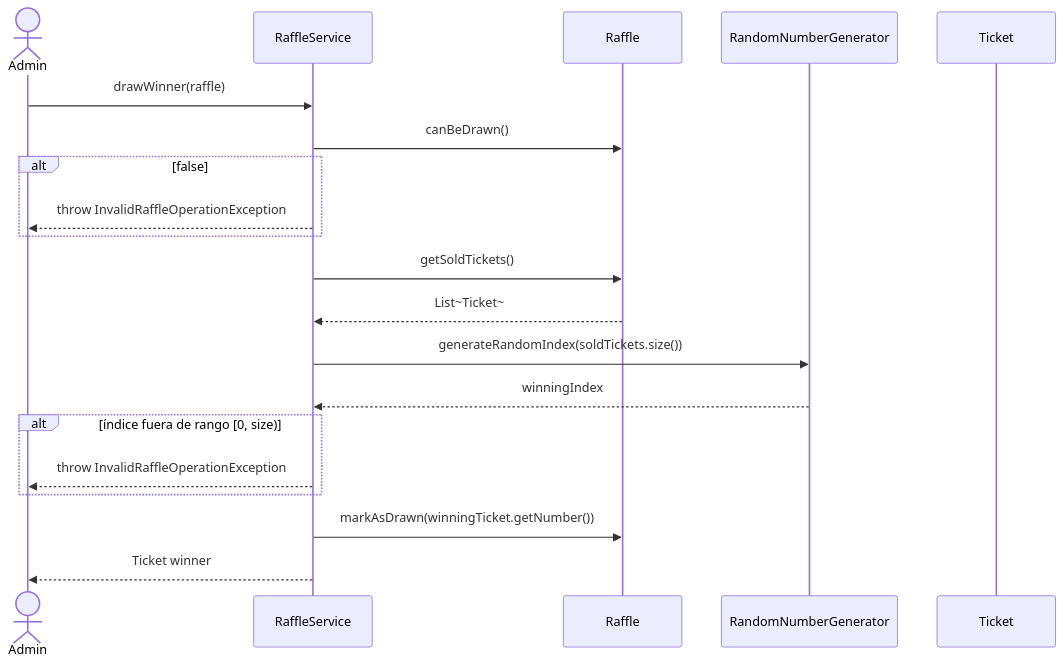
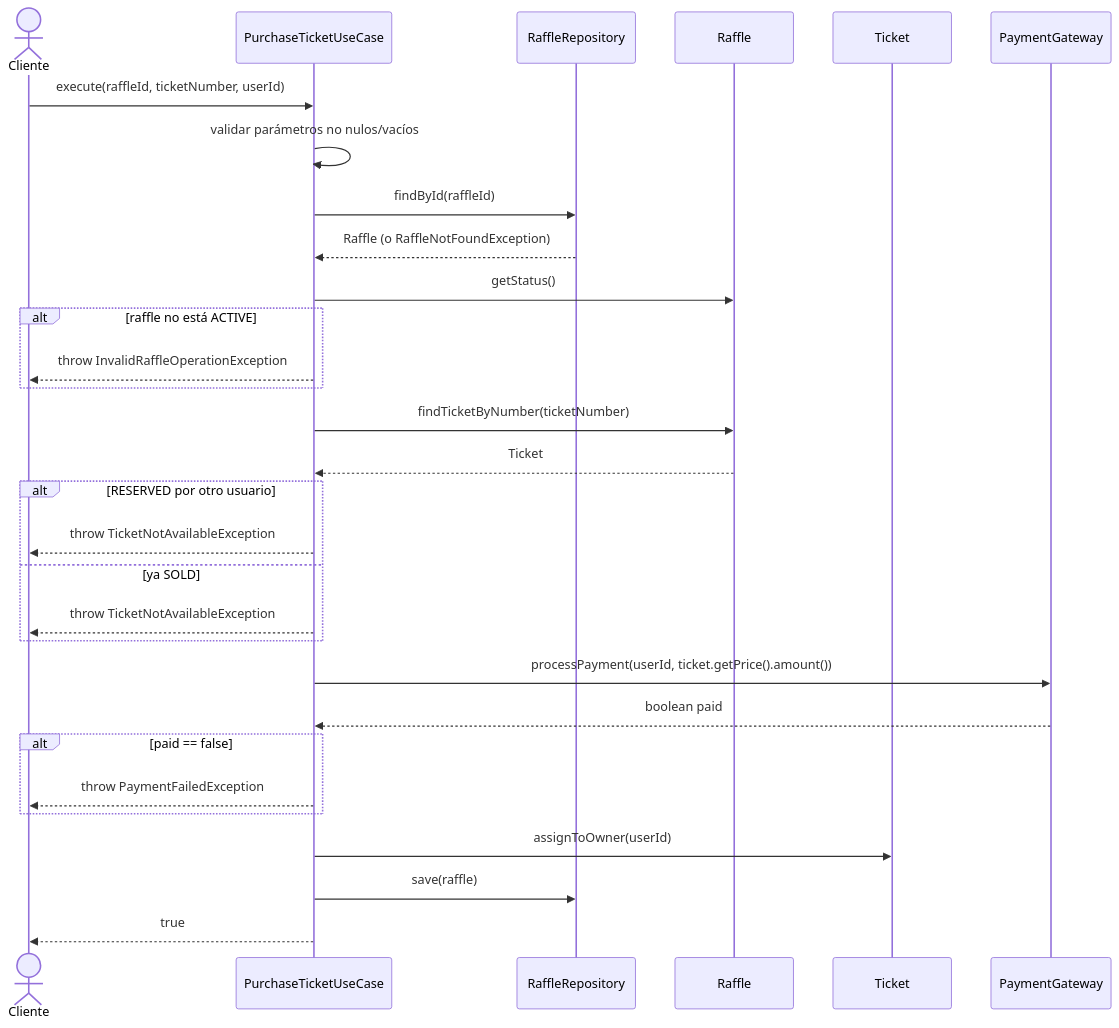
One commit to D-Araya/ClickTuCasa changed the seventh of 9 diagrams in README.md. Above: the diagram before and after it, drawn with Mermaid. The commit also changed other lines of this file and 48 other files, not shown here.

````diff
--- a/README.md
+++ b/README.md
@@ -370,23 +587,33 @@
 ```mermaid
 sequenceDiagram
-    actor Admin
-    participant RS as RaffleService
+    actor Cliente
+    participant UC as PurchaseTicketUseCase
+    participant Repo as RaffleRepository
     participant R as Raffle
-    participant RNG as RandomNumberGenerator
     participant T as Ticket
+    participant PG as PaymentGateway
 
-    Admin->>RS: drawWinner(raffle)
-    RS->>R: canBeDrawn()
-    alt false
-        RS-->>Admin: throw InvalidRaffleOperationException
+    Cliente->>UC: execute(raffleId, ticketNumber, userId)
+    UC->>UC: validar parámetros no nulos/vacíos
+    UC->>Repo: findById(raffleId)
+    Repo-->>UC: Raffle (o RaffleNotFoundException)
+    UC->>R: getStatus()
+    alt raffle no está ACTIVE
+        UC-->>Cliente: throw InvalidRaffleOperationException
     end
-    RS->>R: getSoldTickets()
-    R-->>RS: List~Ticket~
-    RS->>RNG: generateRandomIndex(soldTickets.size())
-    RNG-->>RS: winningIndex
-    alt índice fuera de rango [0, size)
-        RS-->>Admin: throw InvalidRaffleOperationException
+    UC->>R: findTicketByNumber(ticketNumber)
+    R-->>UC: Ticket
+    alt RESERVED por otro usuario
+        UC-->>Cliente: throw TicketNotAvailableException
+    else ya SOLD
+        UC-->>Cliente: throw TicketNotAvailableException
     end
-    RS->>R: markAsDrawn(winningTicket.getNumber())
-    RS-->>Admin: Ticket winner
+    UC->>PG: processPayment(userId, ticket.getPrice().amount())
+    PG-->>UC: boolean paid
+    alt paid == false
+        UC-->>Cliente: throw PaymentFailedException
+    end
+    UC->>T: assignToOwner(userId)
+    UC->>Repo: save(raffle)
+    UC-->>Cliente: true
 ```
````
